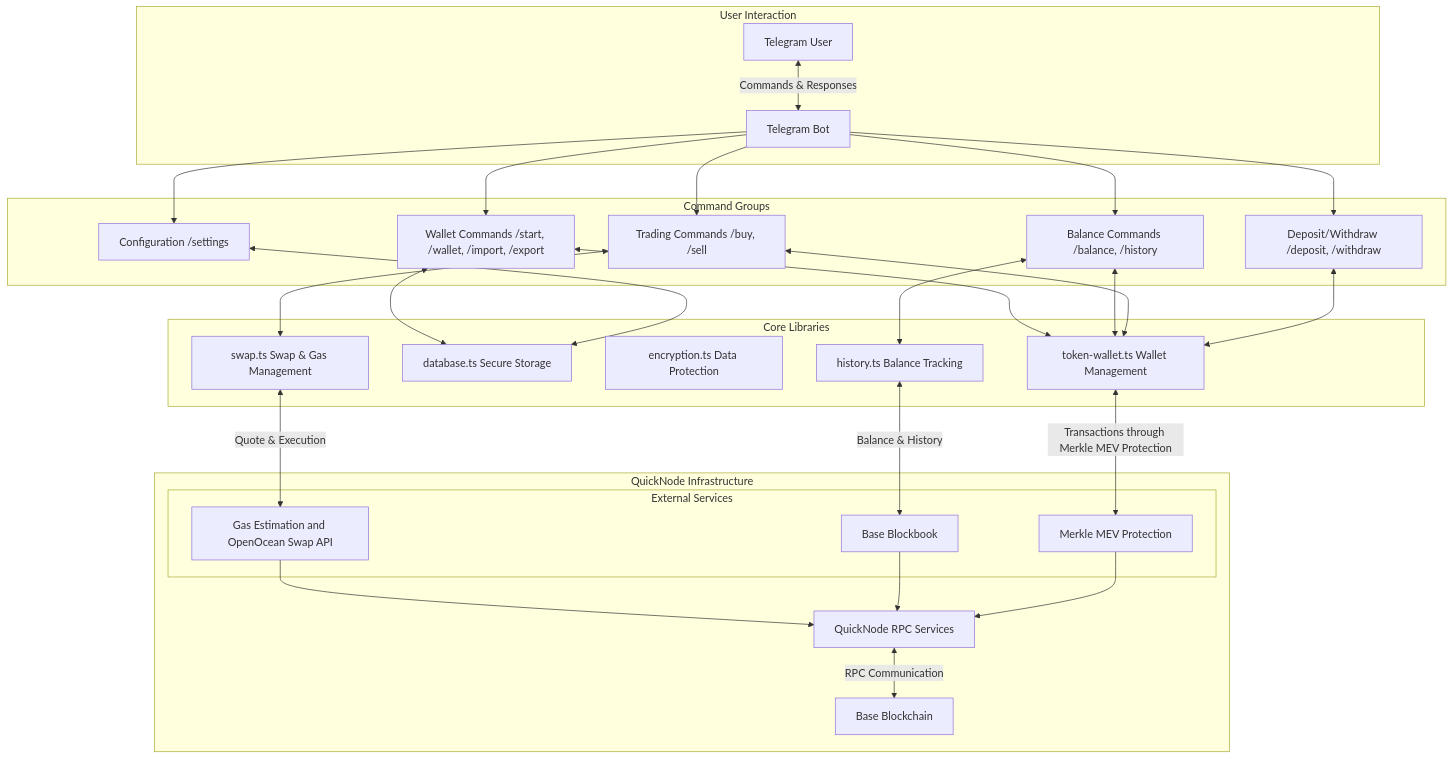
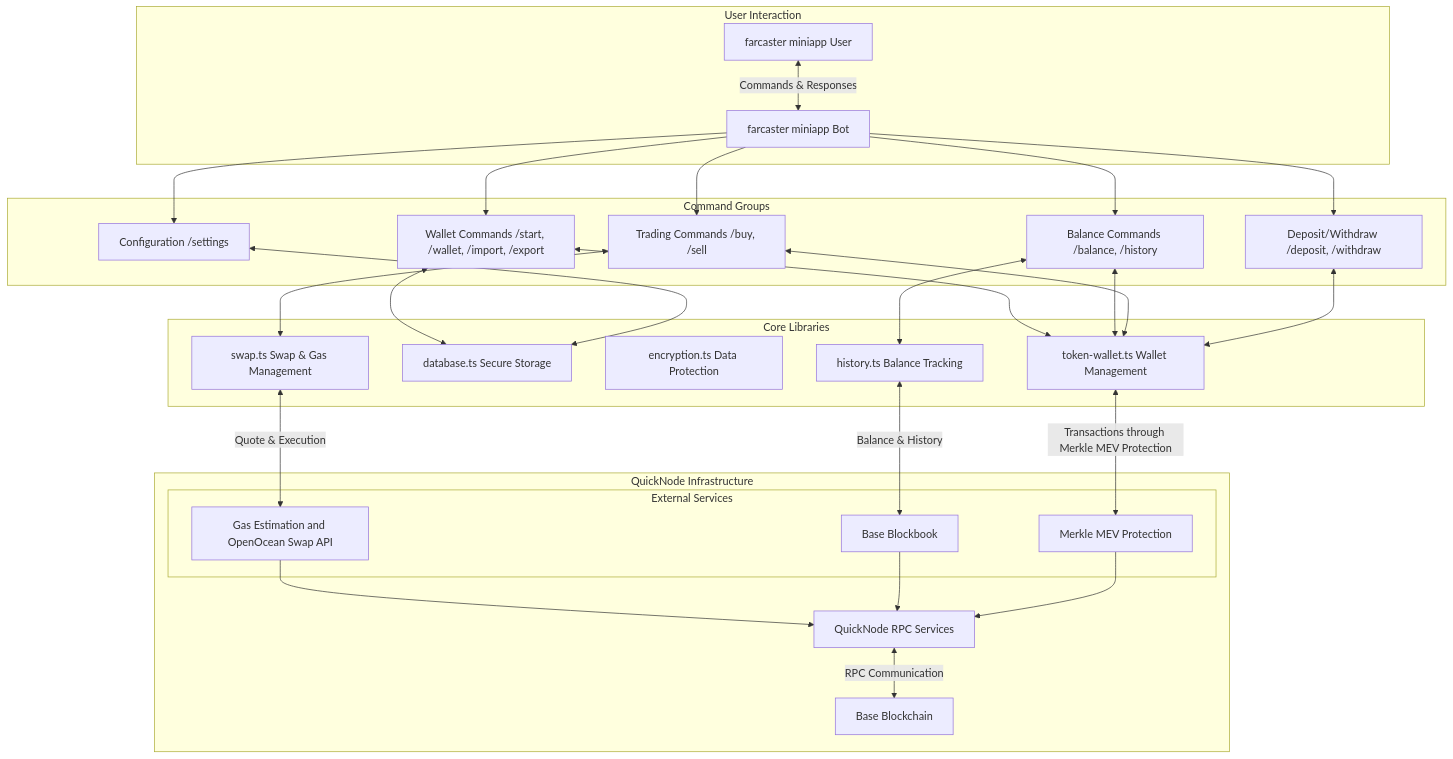
Before and after one commit to Akin-Tunde/ForgeBot: the diagram in README.md, drawn with Mermaid. The commit also changed other lines of this file, not shown here.

````diff
--- a/README.md
+++ b/README.md
@@ -49,62 +53,62 @@
 ```mermaid
 flowchart TD
     subgraph "User Interaction"
-        User["Telegram User"]
-        Bot["Telegram Bot"]
+        User["farcaster miniapp User"]
+        Bot["farcaster miniapp Bot"]
     end
 
     subgraph "Command Groups"
         WalletCmds["Wallet Commands /start, /wallet, /import, /export"]
         BalanceCmds["Balance Commands /balance, /history"]
         TradeCmds["Trading Commands /buy, /sell"]
         ConfigCmds["Configuration /settings"]
         DepositCmds["Deposit/Withdraw /deposit, /withdraw"]
     end
-    
+
     subgraph "Core Libraries"
         LibWallet["token-wallet.ts Wallet Management"]
         LibDatabase["database.ts Secure Storage"]
         LibEncryption["encryption.ts Data Protection"]
         LibHistory["history.ts Balance Tracking"]
         LibSwap["swap.ts Swap & Gas Management"]
     end
-    
+
     User <-->|Commands & Responses| Bot
-    
+
     Bot --> WalletCmds & BalanceCmds & TradeCmds & ConfigCmds & DepositCmds
-    
+
     WalletCmds <--> LibWallet
     WalletCmds <--> LibDatabase
-    
+
     BalanceCmds <--> LibWallet
     BalanceCmds <--> LibHistory
-    
+
     TradeCmds <--> LibWallet
     TradeCmds <--> LibSwap
-    
+
     DepositCmds <--> LibWallet
-    
+
     ConfigCmds <--> LibDatabase
-    
+
     subgraph "QuickNode Infrastructure"
         QuickNode["QuickNode RPC Services"]
-        
+
         subgraph "External Services"
             APISwap["Gas Estimation and OpenOcean Swap API"]
             APIHistory["Base Blockbook"]
             MEVProtection["Merkle MEV Protection"]
         end
-        
+
         Blockchain["Base Blockchain"]
     end
-    
+
     LibSwap <-->|Quote & Execution| APISwap
     LibHistory <-->|Balance & History| APIHistory
     LibWallet <-->|Transactions through Merkle MEV Protection| MEVProtection
-    
+
     APISwap --> QuickNode
     APIHistory --> QuickNode
     MEVProtection --> QuickNode
-    
+
     QuickNode <-->|RPC Communication| Blockchain
 ```
````
